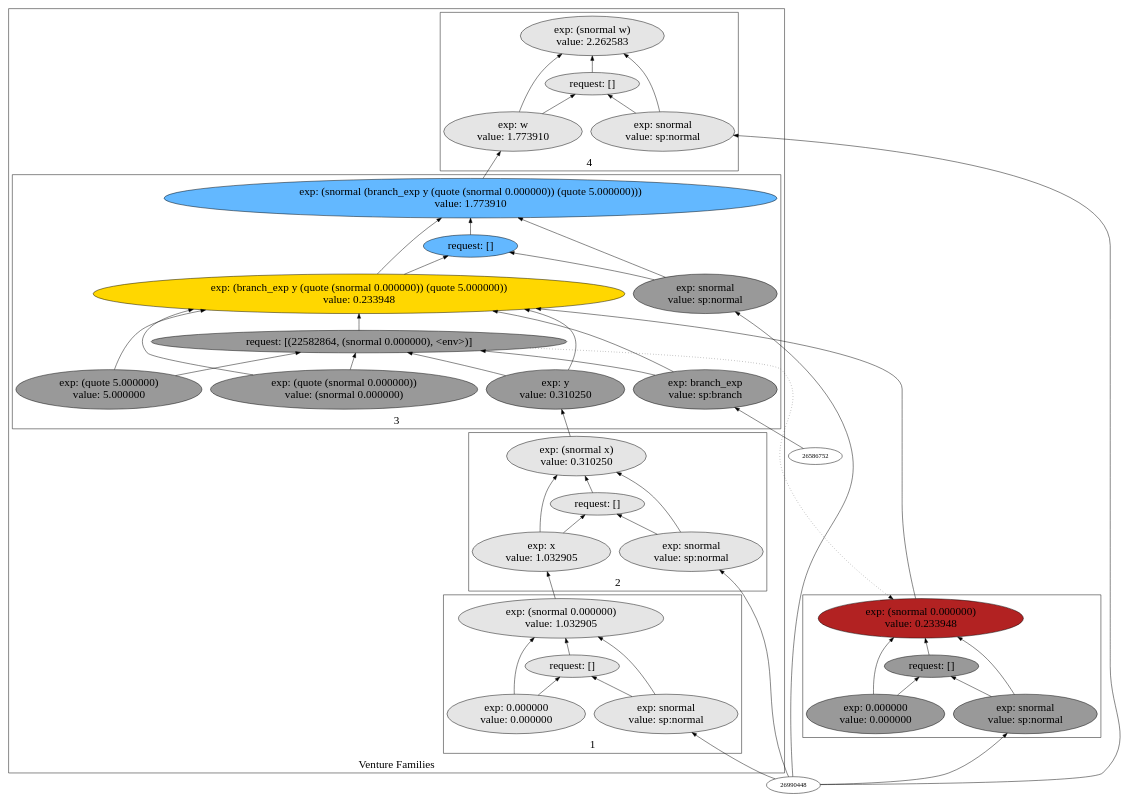
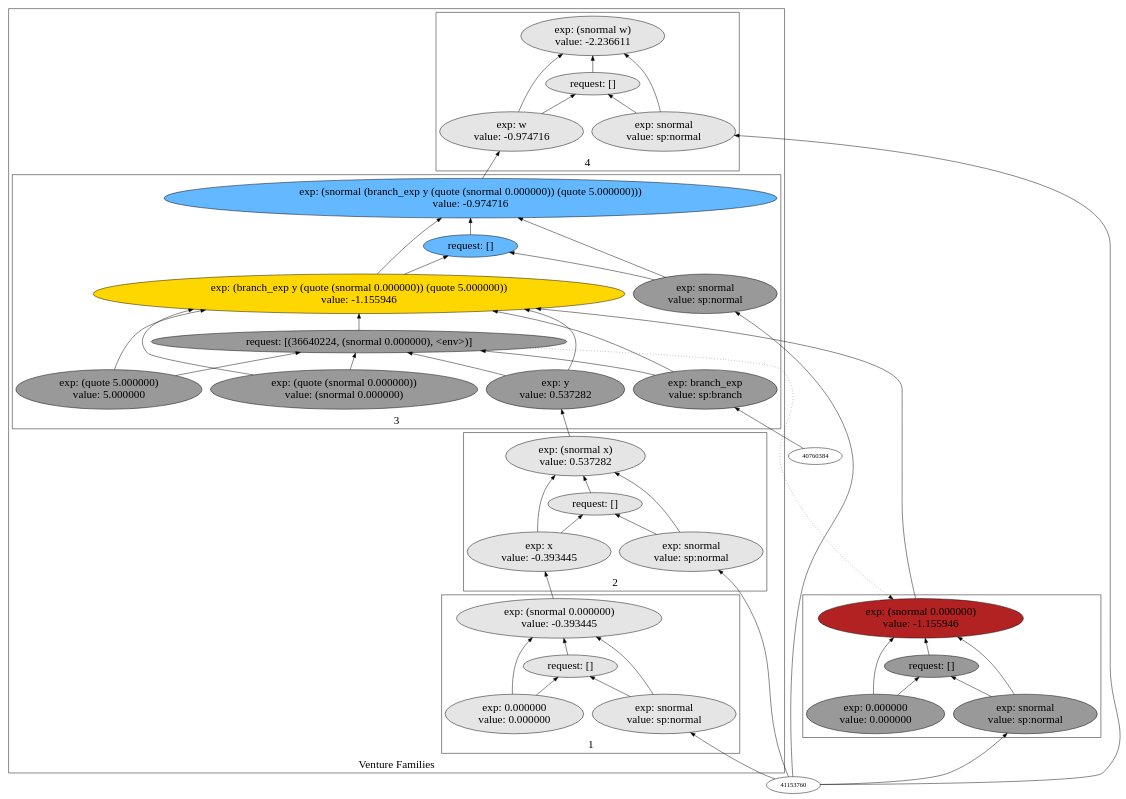
The diagram in backend/cxx/pdf_graphs/partition/dot27.dot (probcomp/Venturecxx), drawn with Graphviz before and after one commit. The commit also changed 326 other files, not shown here.

Commit message:
Added several draft schematics

```diff
--- a/backend/cxx/pdf_graphs/partition/dot27.dot
+++ b/backend/cxx/pdf_graphs/partition/dot27.dot
@@ -5,95 +5,95 @@
 label="Venture Families"
 subgraph cluster2 {
 label="1"
-"21616208"["fillcolor"="grey90" "fontsize"="24" "label"="exp: (snormal 0.000000)\nvalue: 1.032905" "shape"="ellipse" "style"="filled" ]
-"20391696"["fillcolor"="grey90" "fontsize"="24" "label"="request: []" "shape"="ellipse" "style"="filled" ]
-"19076864"["fillcolor"="grey90" "fontsize"="24" "label"="exp: snormal\nvalue: sp:normal" "shape"="ellipse" "style"="filled" ]
-"28719440"["fillcolor"="grey90" "fontsize"="24" "label"="exp: 0.000000\nvalue: 0.000000" "shape"="ellipse" "style"="filled" ]
+"37726128"["fillcolor"="grey90" "fontsize"="24" "label"="exp: (snormal 0.000000)\nvalue: -0.393445" "shape"="ellipse" "style"="filled" ]
+"42212608"["fillcolor"="grey90" "fontsize"="24" "label"="request: []" "shape"="ellipse" "style"="filled" ]
+"36870592"["fillcolor"="grey90" "fontsize"="24" "label"="exp: snormal\nvalue: sp:normal" "shape"="ellipse" "style"="filled" ]
+"33142112"["fillcolor"="grey90" "fontsize"="24" "label"="exp: 0.000000\nvalue: 0.000000" "shape"="ellipse" "style"="filled" ]
 }
 
 subgraph cluster3 {
 label="2"
-"23610064"["fillcolor"="grey90" "fontsize"="24" "label"="exp: (snormal x)\nvalue: 0.310250" "shape"="ellipse" "style"="filled" ]
-"24940288"["fillcolor"="grey90" "fontsize"="24" "label"="request: []" "shape"="ellipse" "style"="filled" ]
-"25014224"["fillcolor"="grey90" "fontsize"="24" "label"="exp: snormal\nvalue: sp:normal" "shape"="ellipse" "style"="filled" ]
-"24988336"["fillcolor"="grey90" "fontsize"="24" "label"="exp: x\nvalue: 1.032905" "shape"="ellipse" "style"="filled" ]
+"37254784"["fillcolor"="grey90" "fontsize"="24" "label"="exp: (snormal x)\nvalue: 0.537282" "shape"="ellipse" "style"="filled" ]
+"37154352"["fillcolor"="grey90" "fontsize"="24" "label"="request: []" "shape"="ellipse" "style"="filled" ]
+"35549456"["fillcolor"="grey90" "fontsize"="24" "label"="exp: snormal\nvalue: sp:normal" "shape"="ellipse" "style"="filled" ]
+"37179568"["fillcolor"="grey90" "fontsize"="24" "label"="exp: x\nvalue: -0.393445" "shape"="ellipse" "style"="filled" ]
 }
 
 subgraph cluster4 {
 label="3"
-"23304768"["fillcolor"="steelblue1" "fontsize"="24" "label"="exp: (snormal (branch_exp y (quote (snormal 0.000000)) (quote 5.000000)))\nvalue: 1.773910" "shape"="ellipse" "style"="filled" ]
-"24625888"["fillcolor"="steelblue1" "fontsize"="24" "label"="request: []" "shape"="ellipse" "style"="filled" ]
-"23710592"["fillcolor"="grey60" "fontsize"="24" "label"="exp: snormal\nvalue: sp:normal" "shape"="ellipse" "style"="filled" ]
-"24939776"["fillcolor"="gold" "fontsize"="24" "label"="exp: (branch_exp y (quote (snormal 0.000000)) (quote 5.000000))\nvalue: 0.233948" "shape"="ellipse" "style"="filled" ]
-"22582864"["fillcolor"="grey60" "fontsize"="24" "label"="request: [(22582864, (snormal 0.000000), <env>)]" "shape"="ellipse" "style"="filled" ]
-"21801008"["fillcolor"="grey60" "fontsize"="24" "label"="exp: branch_exp\nvalue: sp:branch" "shape"="ellipse" "style"="filled" ]
-"21571136"["fillcolor"="grey60" "fontsize"="24" "label"="exp: y\nvalue: 0.310250" "shape"="ellipse" "style"="filled" ]
-"22579328"["fillcolor"="grey60" "fontsize"="24" "label"="exp: (quote (snormal 0.000000))\nvalue: (snormal 0.000000)" "shape"="ellipse" "style"="filled" ]
-"22672608"["fillcolor"="grey60" "fontsize"="24" "label"="exp: (quote 5.000000)\nvalue: 5.000000" "shape"="ellipse" "style"="filled" ]
+"34848512"["fillcolor"="steelblue1" "fontsize"="24" "label"="exp: (snormal (branch_exp y (quote (snormal 0.000000)) (quote 5.000000)))\nvalue: -0.974716" "shape"="ellipse" "style"="filled" ]
+"36839072"["fillcolor"="steelblue1" "fontsize"="24" "label"="request: []" "shape"="ellipse" "style"="filled" ]
+"36129440"["fillcolor"="grey60" "fontsize"="24" "label"="exp: snormal\nvalue: sp:normal" "shape"="ellipse" "style"="filled" ]
+"36593296"["fillcolor"="gold" "fontsize"="24" "label"="exp: (branch_exp y (quote (snormal 0.000000)) (quote 5.000000))\nvalue: -1.155946" "shape"="ellipse" "style"="filled" ]
+"36640224"["fillcolor"="grey60" "fontsize"="24" "label"="request: [(36640224, (snormal 0.000000), <env>)]" "shape"="ellipse" "style"="filled" ]
+"34747040"["fillcolor"="grey60" "fontsize"="24" "label"="exp: branch_exp\nvalue: sp:branch" "shape"="ellipse" "style"="filled" ]
+"36243120"["fillcolor"="grey60" "fontsize"="24" "label"="exp: y\nvalue: 0.537282" "shape"="ellipse" "style"="filled" ]
+"35112672"["fillcolor"="grey60" "fontsize"="24" "label"="exp: (quote (snormal 0.000000))\nvalue: (snormal 0.000000)" "shape"="ellipse" "style"="filled" ]
+"35588656"["fillcolor"="grey60" "fontsize"="24" "label"="exp: (quote 5.000000)\nvalue: 5.000000" "shape"="ellipse" "style"="filled" ]
 }
 
 subgraph cluster5 {
 label="4"
-"26590768"["fillcolor"="grey90" "fontsize"="24" "label"="exp: (snormal w)\nvalue: 2.262583" "shape"="ellipse" "style"="filled" ]
-"21600256"["fillcolor"="grey90" "fontsize"="24" "label"="request: []" "shape"="ellipse" "style"="filled" ]
-"24603856"["fillcolor"="grey90" "fontsize"="24" "label"="exp: snormal\nvalue: sp:normal" "shape"="ellipse" "style"="filled" ]
-"21586576"["fillcolor"="grey90" "fontsize"="24" "label"="exp: w\nvalue: 1.773910" "shape"="ellipse" "style"="filled" ]
+"36828112"["fillcolor"="grey90" "fontsize"="24" "label"="exp: (snormal w)\nvalue: -2.236611" "shape"="ellipse" "style"="filled" ]
+"41282896"["fillcolor"="grey90" "fontsize"="24" "label"="request: []" "shape"="ellipse" "style"="filled" ]
+"35141008"["fillcolor"="grey90" "fontsize"="24" "label"="exp: snormal\nvalue: sp:normal" "shape"="ellipse" "style"="filled" ]
+"35315600"["fillcolor"="grey90" "fontsize"="24" "label"="exp: w\nvalue: -0.974716" "shape"="ellipse" "style"="filled" ]
 }
 
 }
 
 subgraph cluster6 {
 label=""
-"21574256"["fillcolor"="firebrick" "fontsize"="24" "label"="exp: (snormal 0.000000)\nvalue: 0.233948" "shape"="ellipse" "style"="filled" ]
-"21608528"["fillcolor"="grey60" "fontsize"="24" "label"="request: []" "shape"="ellipse" "style"="filled" ]
-"21564608"["fillcolor"="grey60" "fontsize"="24" "label"="exp: snormal\nvalue: sp:normal" "shape"="ellipse" "style"="filled" ]
-"27074384"["fillcolor"="grey60" "fontsize"="24" "label"="exp: 0.000000\nvalue: 0.000000" "shape"="ellipse" "style"="filled" ]
+"35342768"["fillcolor"="firebrick" "fontsize"="24" "label"="exp: (snormal 0.000000)\nvalue: -1.155946" "shape"="ellipse" "style"="filled" ]
+"35128112"["fillcolor"="grey60" "fontsize"="24" "label"="request: []" "shape"="ellipse" "style"="filled" ]
+"34675744"["fillcolor"="grey60" "fontsize"="24" "label"="exp: snormal\nvalue: sp:normal" "shape"="ellipse" "style"="filled" ]
+"37170512"["fillcolor"="grey60" "fontsize"="24" "label"="exp: 0.000000\nvalue: 0.000000" "shape"="ellipse" "style"="filled" ]
 }
 
-"21564608" -> "21574256"["arrowhead"="normal" "color"="black" "constraint"="true" "style"="solid" ]
-"21564608" -> "21608528"["arrowhead"="normal" "color"="black" "constraint"="true" "style"="solid" ]
-"26990448" -> "21564608"["arrowhead"="normal" "color"="black" "constraint"="true" "style"="solid" ]
-"27074384" -> "21574256"["arrowhead"="normal" "color"="black" "constraint"="true" "style"="solid" ]
-"27074384" -> "21608528"["arrowhead"="normal" "color"="black" "constraint"="true" "style"="solid" ]
-"21608528" -> "21574256"["arrowhead"="normal" "color"="black" "constraint"="true" "style"="solid" ]
-"19076864" -> "21616208"["arrowhead"="normal" "color"="black" "constraint"="true" "style"="solid" ]
-"19076864" -> "20391696"["arrowhead"="normal" "color"="black" "constraint"="true" "style"="solid" ]
-"26990448" -> "19076864"["arrowhead"="normal" "color"="black" "constraint"="true" "style"="solid" ]
-"28719440" -> "21616208"["arrowhead"="normal" "color"="black" "constraint"="true" "style"="solid" ]
-"28719440" -> "20391696"["arrowhead"="normal" "color"="black" "constraint"="true" "style"="solid" ]
-"20391696" -> "21616208"["arrowhead"="normal" "color"="black" "constraint"="true" "style"="solid" ]
-"23710592" -> "23304768"["arrowhead"="normal" "color"="black" "constraint"="true" "style"="solid" ]
-"23710592" -> "24625888"["arrowhead"="normal" "color"="black" "constraint"="true" "style"="solid" ]
-"26990448" -> "23710592"["arrowhead"="normal" "color"="black" "constraint"="true" "style"="solid" ]
-"24939776" -> "23304768"["arrowhead"="normal" "color"="black" "constraint"="true" "style"="solid" ]
-"24939776" -> "24625888"["arrowhead"="normal" "color"="black" "constraint"="true" "style"="solid" ]
-"21801008" -> "24939776"["arrowhead"="normal" "color"="black" "constraint"="true" "style"="solid" ]
-"21801008" -> "22582864"["arrowhead"="normal" "color"="black" "constraint"="true" "style"="solid" ]
-"26586752" -> "21801008"["arrowhead"="normal" "color"="black" "constraint"="true" "style"="solid" ]
-"21571136" -> "24939776"["arrowhead"="normal" "color"="black" "constraint"="true" "style"="solid" ]
-"21571136" -> "22582864"["arrowhead"="normal" "color"="black" "constraint"="true" "style"="solid" ]
-"23610064" -> "21571136"["arrowhead"="normal" "color"="black" "constraint"="true" "style"="solid" ]
-"22579328" -> "24939776"["arrowhead"="normal" "color"="black" "constraint"="true" "style"="solid" ]
-"22579328" -> "22582864"["arrowhead"="normal" "color"="black" "constraint"="true" "style"="solid" ]
-"22672608" -> "24939776"["arrowhead"="normal" "color"="black" "constraint"="true" "style"="solid" ]
-"22672608" -> "22582864"["arrowhead"="normal" "color"="black" "constraint"="true" "style"="solid" ]
-"22582864" -> "24939776"["arrowhead"="normal" "color"="black" "constraint"="true" "style"="solid" ]
-"21574256" -> "24939776"["arrowhead"="normal" "color"="black" "constraint"="true" "style"="solid" ]
-"22582864" -> "21574256"["arrowhead"="normal" "color"="black" "constraint"="false" "style"="dotted" ]
-"24625888" -> "23304768"["arrowhead"="normal" "color"="black" "constraint"="true" "style"="solid" ]
-"25014224" -> "23610064"["arrowhead"="normal" "color"="black" "constraint"="true" "style"="solid" ]
-"25014224" -> "24940288"["arrowhead"="normal" "color"="black" "constraint"="true" "style"="solid" ]
-"26990448" -> "25014224"["arrowhead"="normal" "color"="black" "constraint"="true" "style"="solid" ]
-"24988336" -> "23610064"["arrowhead"="normal" "color"="black" "constraint"="true" "style"="solid" ]
-"24988336" -> "24940288"["arrowhead"="normal" "color"="black" "constraint"="true" "style"="solid" ]
-"21616208" -> "24988336"["arrowhead"="normal" "color"="black" "constraint"="true" "style"="solid" ]
-"24940288" -> "23610064"["arrowhead"="normal" "color"="black" "constraint"="true" "style"="solid" ]
-"24603856" -> "26590768"["arrowhead"="normal" "color"="black" "constraint"="true" "style"="solid" ]
-"24603856" -> "21600256"["arrowhead"="normal" "color"="black" "constraint"="true" "style"="solid" ]
-"26990448" -> "24603856"["arrowhead"="normal" "color"="black" "constraint"="true" "style"="solid" ]
-"21586576" -> "26590768"["arrowhead"="normal" "color"="black" "constraint"="true" "style"="solid" ]
-"21586576" -> "21600256"["arrowhead"="normal" "color"="black" "constraint"="true" "style"="solid" ]
-"23304768" -> "21586576"["arrowhead"="normal" "color"="black" "constraint"="true" "style"="solid" ]
-"21600256" -> "26590768"["arrowhead"="normal" "color"="black" "constraint"="true" "style"="solid" ]
+"36129440" -> "34848512"["arrowhead"="normal" "color"="black" "constraint"="true" "style"="solid" ]
+"36129440" -> "36839072"["arrowhead"="normal" "color"="black" "constraint"="true" "style"="solid" ]
+"41153760" -> "36129440"["arrowhead"="normal" "color"="black" "constraint"="true" "style"="solid" ]
+"36593296" -> "34848512"["arrowhead"="normal" "color"="black" "constraint"="true" "style"="solid" ]
+"36593296" -> "36839072"["arrowhead"="normal" "color"="black" "constraint"="true" "style"="solid" ]
+"34747040" -> "36593296"["arrowhead"="normal" "color"="black" "constraint"="true" "style"="solid" ]
+"34747040" -> "36640224"["arrowhead"="normal" "color"="black" "constraint"="true" "style"="solid" ]
+"40760384" -> "34747040"["arrowhead"="normal" "color"="black" "constraint"="true" "style"="solid" ]
+"36243120" -> "36593296"["arrowhead"="normal" "color"="black" "constraint"="true" "style"="solid" ]
+"36243120" -> "36640224"["arrowhead"="normal" "color"="black" "constraint"="true" "style"="solid" ]
+"37254784" -> "36243120"["arrowhead"="normal" "color"="black" "constraint"="true" "style"="solid" ]
+"35112672" -> "36593296"["arrowhead"="normal" "color"="black" "constraint"="true" "style"="solid" ]
+"35112672" -> "36640224"["arrowhead"="normal" "color"="black" "constraint"="true" "style"="solid" ]
+"35588656" -> "36593296"["arrowhead"="normal" "color"="black" "constraint"="true" "style"="solid" ]
+"35588656" -> "36640224"["arrowhead"="normal" "color"="black" "constraint"="true" "style"="solid" ]
+"36640224" -> "36593296"["arrowhead"="normal" "color"="black" "constraint"="true" "style"="solid" ]
+"35342768" -> "36593296"["arrowhead"="normal" "color"="black" "constraint"="true" "style"="solid" ]
+"36640224" -> "35342768"["arrowhead"="normal" "color"="black" "constraint"="false" "style"="dotted" ]
+"36839072" -> "34848512"["arrowhead"="normal" "color"="black" "constraint"="true" "style"="solid" ]
+"34675744" -> "35342768"["arrowhead"="normal" "color"="black" "constraint"="true" "style"="solid" ]
+"34675744" -> "35128112"["arrowhead"="normal" "color"="black" "constraint"="true" "style"="solid" ]
+"41153760" -> "34675744"["arrowhead"="normal" "color"="black" "constraint"="true" "style"="solid" ]
+"37170512" -> "35342768"["arrowhead"="normal" "color"="black" "constraint"="true" "style"="solid" ]
+"37170512" -> "35128112"["arrowhead"="normal" "color"="black" "constraint"="true" "style"="solid" ]
+"35128112" -> "35342768"["arrowhead"="normal" "color"="black" "constraint"="true" "style"="solid" ]
+"35141008" -> "36828112"["arrowhead"="normal" "color"="black" "constraint"="true" "style"="solid" ]
+"35141008" -> "41282896"["arrowhead"="normal" "color"="black" "constraint"="true" "style"="solid" ]
+"41153760" -> "35141008"["arrowhead"="normal" "color"="black" "constraint"="true" "style"="solid" ]
+"35315600" -> "36828112"["arrowhead"="normal" "color"="black" "constraint"="true" "style"="solid" ]
+"35315600" -> "41282896"["arrowhead"="normal" "color"="black" "constraint"="true" "style"="solid" ]
+"34848512" -> "35315600"["arrowhead"="normal" "color"="black" "constraint"="true" "style"="solid" ]
+"41282896" -> "36828112"["arrowhead"="normal" "color"="black" "constraint"="true" "style"="solid" ]
+"35549456" -> "37254784"["arrowhead"="normal" "color"="black" "constraint"="true" "style"="solid" ]
+"35549456" -> "37154352"["arrowhead"="normal" "color"="black" "constraint"="true" "style"="solid" ]
+"41153760" -> "35549456"["arrowhead"="normal" "color"="black" "constraint"="true" "style"="solid" ]
+"37179568" -> "37254784"["arrowhead"="normal" "color"="black" "constraint"="true" "style"="solid" ]
+"37179568" -> "37154352"["arrowhead"="normal" "color"="black" "constraint"="true" "style"="solid" ]
+"37726128" -> "37179568"["arrowhead"="normal" "color"="black" "constraint"="true" "style"="solid" ]
+"37154352" -> "37254784"["arrowhead"="normal" "color"="black" "constraint"="true" "style"="solid" ]
+"36870592" -> "37726128"["arrowhead"="normal" "color"="black" "constraint"="true" "style"="solid" ]
+"36870592" -> "42212608"["arrowhead"="normal" "color"="black" "constraint"="true" "style"="solid" ]
+"41153760" -> "36870592"["arrowhead"="normal" "color"="black" "constraint"="true" "style"="solid" ]
+"33142112" -> "37726128"["arrowhead"="normal" "color"="black" "constraint"="true" "style"="solid" ]
+"33142112" -> "42212608"["arrowhead"="normal" "color"="black" "constraint"="true" "style"="solid" ]
+"42212608" -> "37726128"["arrowhead"="normal" "color"="black" "constraint"="true" "style"="solid" ]
 
 }
```
